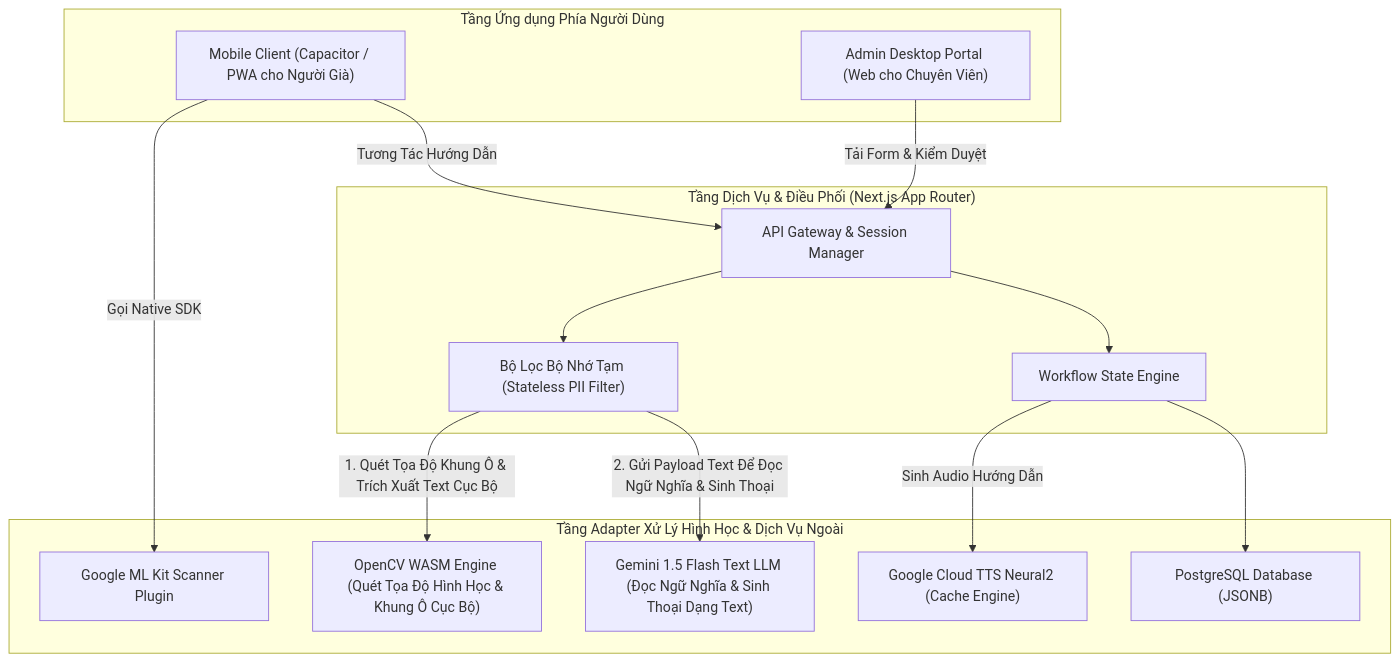
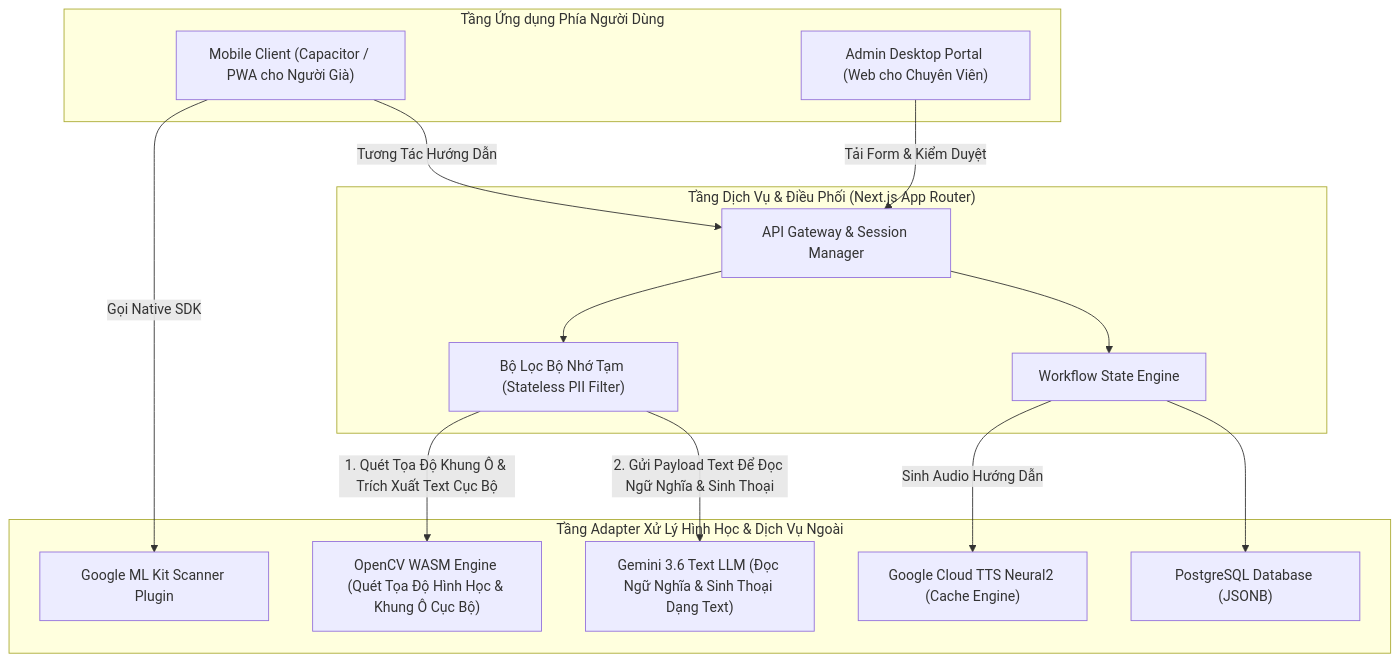
One commit to n22tk05/AFL-Platform changed the first of 2 diagrams in docs/ARCHITECTURE.md. Above: the diagram before and after it, drawn with Mermaid. The commit also changed other lines of this file and 6 other files, not shown here.

````diff
--- a/docs/ARCHITECTURE.md
+++ b/docs/ARCHITECTURE.md
@@ -41,33 +41,33 @@
 ```mermaid
 flowchart TD
     subgraph ClientLayers["Tầng Ứng dụng Phía Người Dùng"]
         MobileClient["Mobile Client (Capacitor / PWA cho Người Già)"]
         AdminPortal["Admin Desktop Portal (Web cho Chuyên Viên)"]
     end
 
     subgraph CoreBackend["Tầng Dịch Vụ & Điều Phối (Next.js App Router)"]
         APIGateway["API Gateway & Session Manager"]
         WorkflowEngine["Workflow State Engine"]
         PIIMemoryFilter["Bộ Lọc Bộ Nhớ Tạm (Stateless PII Filter)"]
     end
 
     subgraph Adapters["Tầng Adapter Xử Lý Hình Học & Dịch Vụ Ngoài"]
         MLKitAdapter["Google ML Kit Scanner Plugin"]
         OpenCVAdapter["OpenCV WASM Engine (Quét Tọa Độ Hình Học & Khung Ô Cục Bộ)"]
-        GeminiAdapter["Gemini 1.5 Flash Text LLM (Đọc Ngữ Nghĩa & Sinh Thoại Dạng Text)"]
+        GeminiAdapter["Gemini 3.6 Text LLM (Đọc Ngữ Nghĩa & Sinh Thoại Dạng Text)"]
         TTSAdapter["Google Cloud TTS Neural2 (Cache Engine)"]
         DBAdapter["PostgreSQL Database (JSONB)"]
     end
 
     MobileClient -->|Gọi Native SDK| MLKitAdapter
     MobileClient -->|Tương Tác Hướng Dẫn| APIGateway
     AdminPortal -->|Tải Form & Kiểm Duyệt| APIGateway
 
     APIGateway --> WorkflowEngine
     APIGateway --> PIIMemoryFilter
 
     WorkflowEngine --> DBAdapter
     PIIMemoryFilter -->|1. Quét Tọa Độ Khung Ô & Trích Xuất Text Cục Bộ| OpenCVAdapter
     PIIMemoryFilter -->|2. Gửi Payload Text Để Đọc Ngữ Nghĩa & Sinh Thoại| GeminiAdapter
     WorkflowEngine -->|Sinh Audio Hướng Dẫn| TTSAdapter
 ```
````
